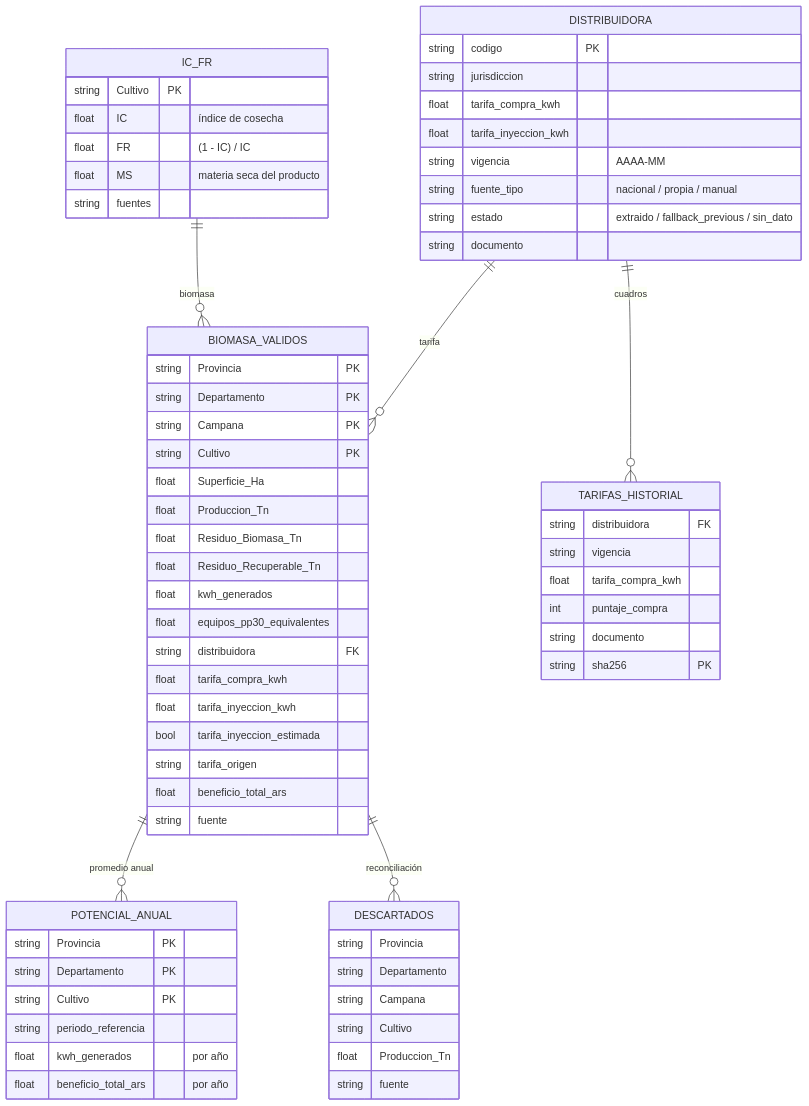
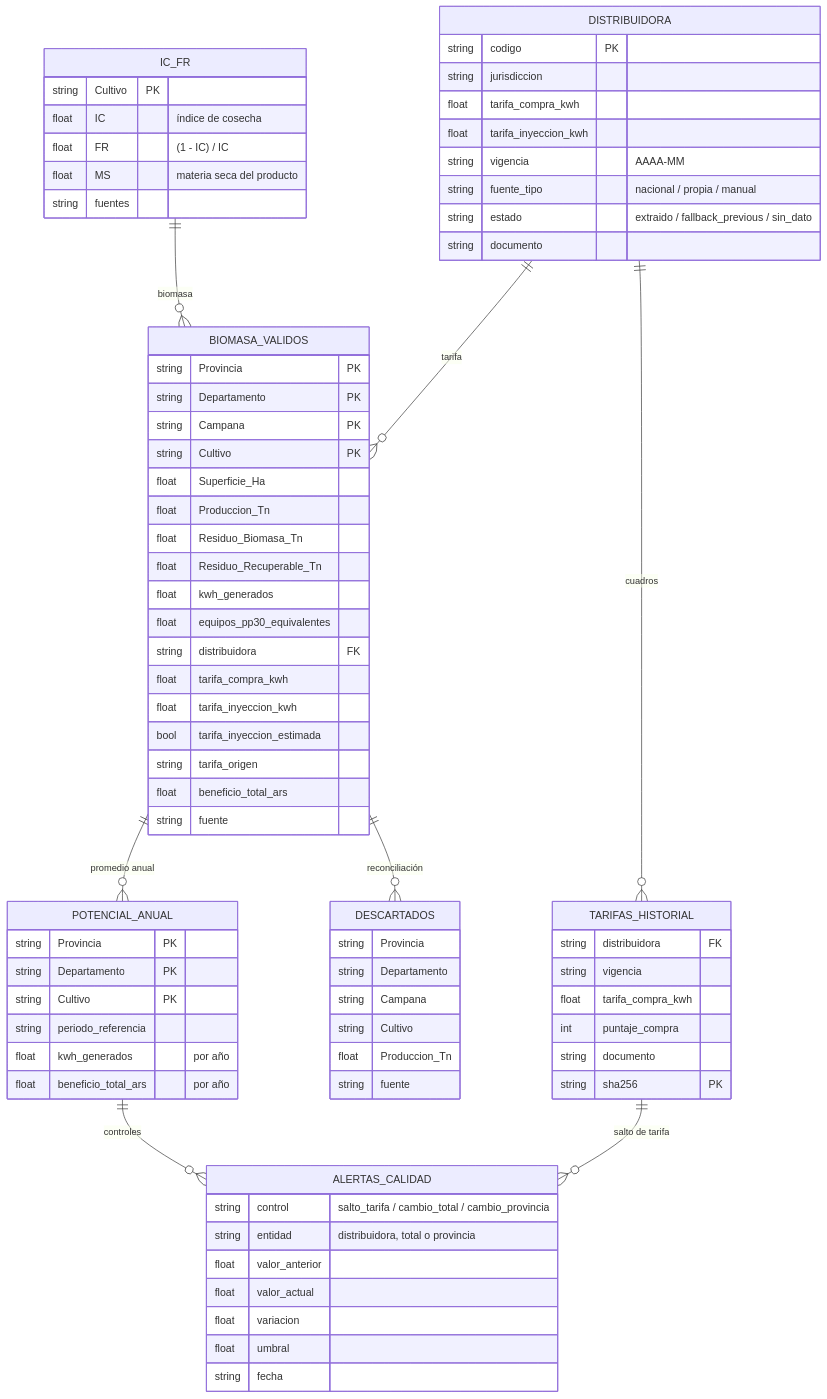
Before and after one commit to marcoeferro/SYNGAS-OPTIMIA-HV: the diagram in docs/03_datos/modelo_de_datos.md, drawn with Mermaid. The commit also changed other lines of this file and 1 other file, not shown here.

First line of the commit message:
docs: tests y controles de calidad; modelo de datos con alertas

````diff
--- a/docs/03_datos/modelo_de_datos.md
+++ b/docs/03_datos/modelo_de_datos.md
@@ -68,9 +79,21 @@
         string sha256 PK
     }
 
+    ALERTAS_CALIDAD {
+        string control "salto_tarifa / cambio_total / cambio_provincia"
+        string entidad "distribuidora, total o provincia"
+        float valor_anterior
+        float valor_actual
+        float variacion
+        float umbral
+        string fecha
+    }
+
     IC_FR ||--o{ BIOMASA_VALIDOS : "biomasa"
     DISTRIBUIDORA ||--o{ BIOMASA_VALIDOS : "tarifa"
     DISTRIBUIDORA ||--o{ TARIFAS_HISTORIAL : "cuadros"
     BIOMASA_VALIDOS ||--o{ POTENCIAL_ANUAL : "promedio anual"
     BIOMASA_VALIDOS ||--o{ DESCARTADOS : "reconciliación"
+    POTENCIAL_ANUAL ||--o{ ALERTAS_CALIDAD : "controles"
+    TARIFAS_HISTORIAL ||--o{ ALERTAS_CALIDAD : "salto de tarifa"
 ```
````
